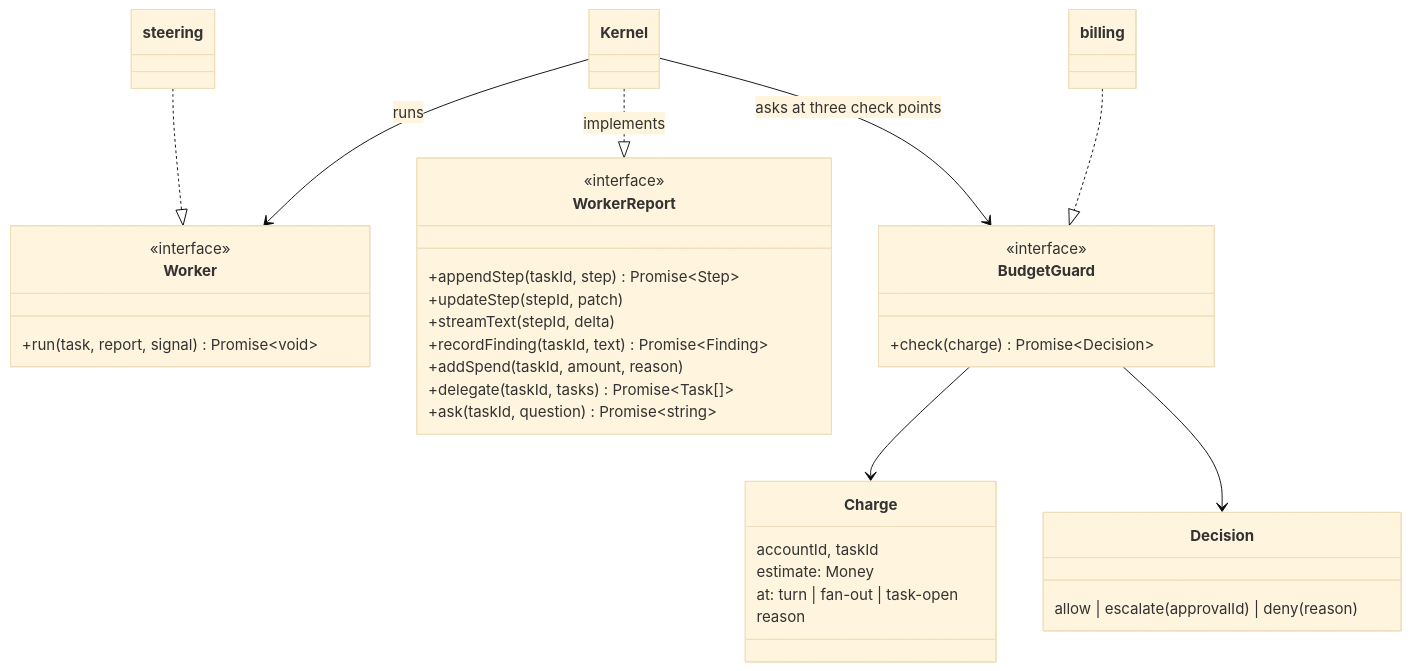
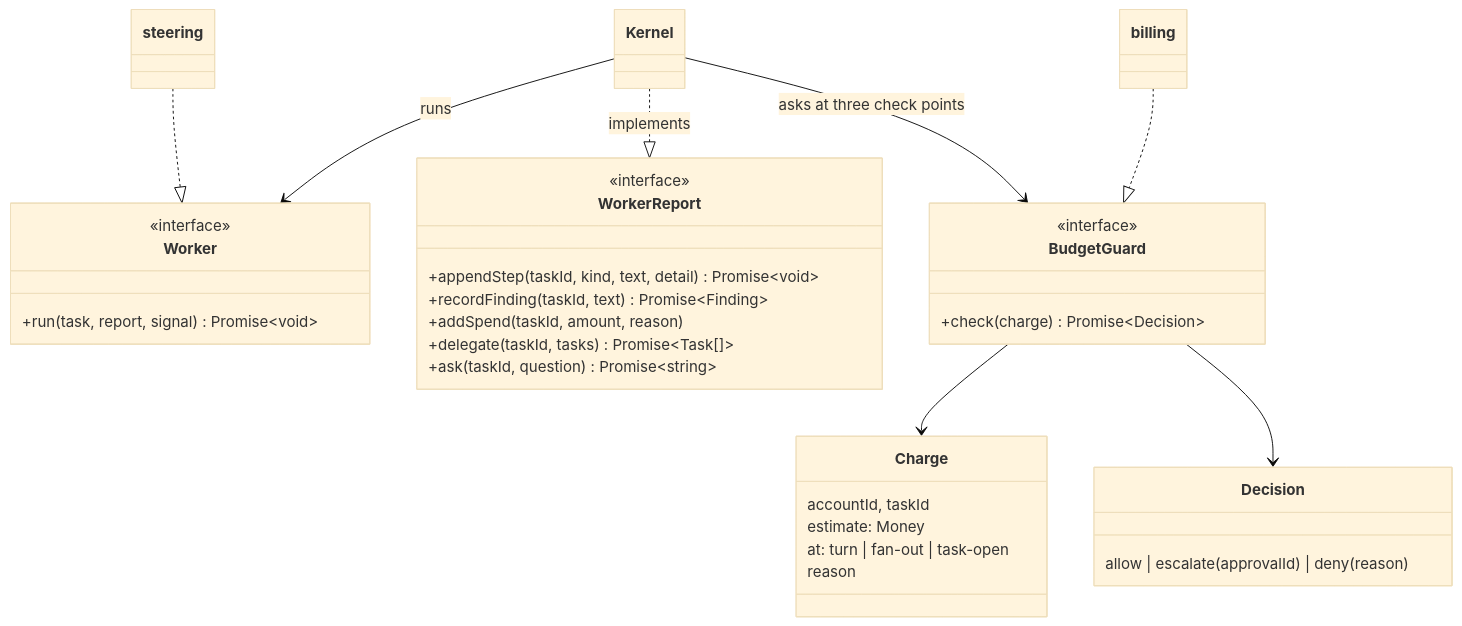
One commit to ziyangliu-666/lumen-next changed the seventh of 15 diagrams in docs/ARCHITECTURE.md. Above: the diagram before and after it, drawn with Mermaid (base theme). The commit also changed other lines of this file and 63 other files, not shown here.

````diff
--- a/docs/ARCHITECTURE.md
+++ b/docs/ARCHITECTURE.md
@@ -377,37 +384,35 @@
 ```mermaid
 classDiagram
   class Worker {
     <<interface>>
     +run(task, report, signal) Promise~void~
   }
   class WorkerReport {
     <<interface>>
-    +appendStep(taskId, step) Promise~Step~
-    +updateStep(stepId, patch)
-    +streamText(stepId, delta)
+    +appendStep(taskId, kind, text, detail) Promise~void~
     +recordFinding(taskId, text) Promise~Finding~
     +addSpend(taskId, amount, reason)
     +delegate(taskId, tasks) Promise~Task[]~
     +ask(taskId, question) Promise~string~
   }
   class BudgetGuard {
     <<interface>>
     +check(charge) Promise~Decision~
   }
   class Charge {
     accountId, taskId
     estimate: Money
     at: turn | fan-out | task-open
     reason
   }
   class Decision {
     allow | escalate(approvalId) | deny(reason)
   }
   Kernel --> Worker : runs
   Kernel ..|> WorkerReport : implements
   Kernel --> BudgetGuard : asks at three check points
   steering ..|> Worker
   billing ..|> BudgetGuard
   BudgetGuard --> Charge
   BudgetGuard --> Decision
 ```
````
